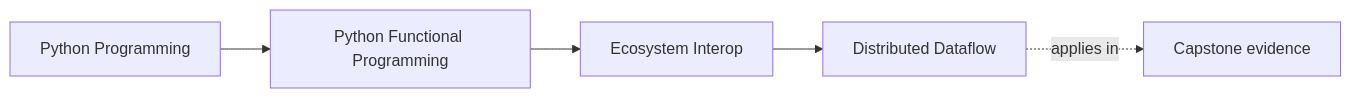
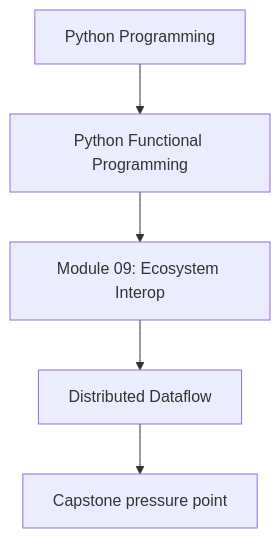
Before and after one commit to bijux/bijux-masterclass: the first of 2 diagrams in programs/python-programming/python-functional-programming/course-book/module-09-ecosystem-interop/distributed-dataflow.md, drawn with Mermaid. The commit also changed other lines of this file and 118 other files, not shown here.

Commit message:
docs(python-functional-programming): align concept page diagrams

````diff
--- a/programs/python-programming/python-functional-programming/course-book/module-09-ecosystem-interop/distributed-dataflow.md
+++ b/programs/python-programming/python-functional-programming/course-book/module-09-ecosystem-interop/distributed-dataflow.md
@@ -6,11 +6,7 @@
 ```mermaid
-graph LR
-  family["Python Programming"]
-  program["Python Functional Programming"]
-  section["Ecosystem Interop"]
-  page["Distributed Dataflow"]
-  capstone["Capstone evidence"]
-
-  family --> program --> section --> page
-  page -.applies in.-> capstone
+flowchart TD
+  family["Python Programming"] --> program["Python Functional Programming"]
+  program --> module["Module 09: Ecosystem Interop"]
+  module --> concept["Distributed Dataflow"]
+  concept --> capstone["Capstone pressure point"]
 ```
````
